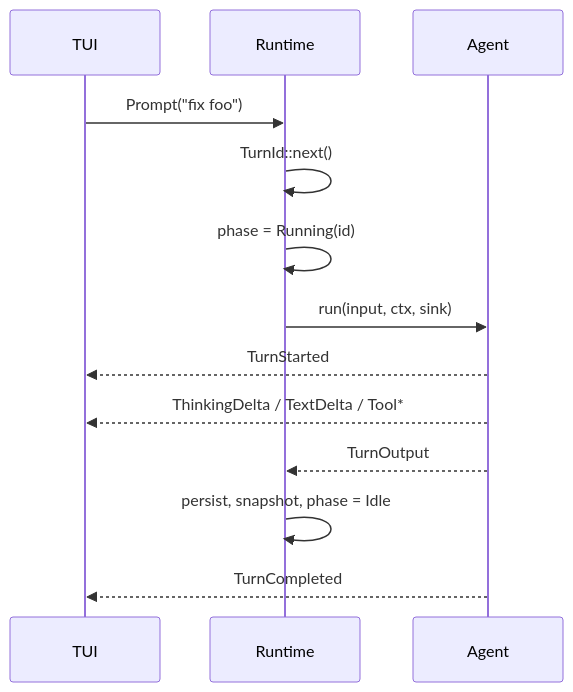
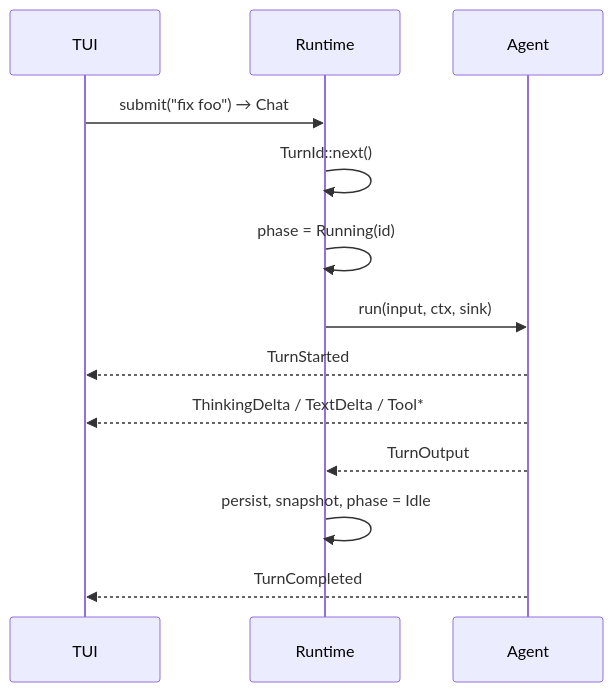
Before and after one commit to guuzaa/oven: the third of 5 diagrams in docs/architectures.md, drawn with Mermaid. The commit also changed other lines of this file and 76 other files, not shown here.

````diff
--- a/docs/architectures.md
+++ b/docs/architectures.md
@@ -451,16 +562,16 @@
 ```mermaid
 sequenceDiagram
     participant TUI
     participant Runtime
     participant Agent
 
-    TUI->>Runtime: Prompt("fix foo")
+    TUI->>Runtime: submit("fix foo") → Chat
     Runtime->>Runtime: TurnId::next()
     Runtime->>Runtime: phase = Running(id)
     Runtime->>Agent: run(input, ctx, sink)
     Agent-->>TUI: TurnStarted
     Agent-->>TUI: ThinkingDelta / TextDelta / Tool*
     Agent-->>Runtime: TurnOutput
     Runtime->>Runtime: persist, snapshot, phase = Idle
     Agent-->>TUI: TurnCompleted
 ```
````
